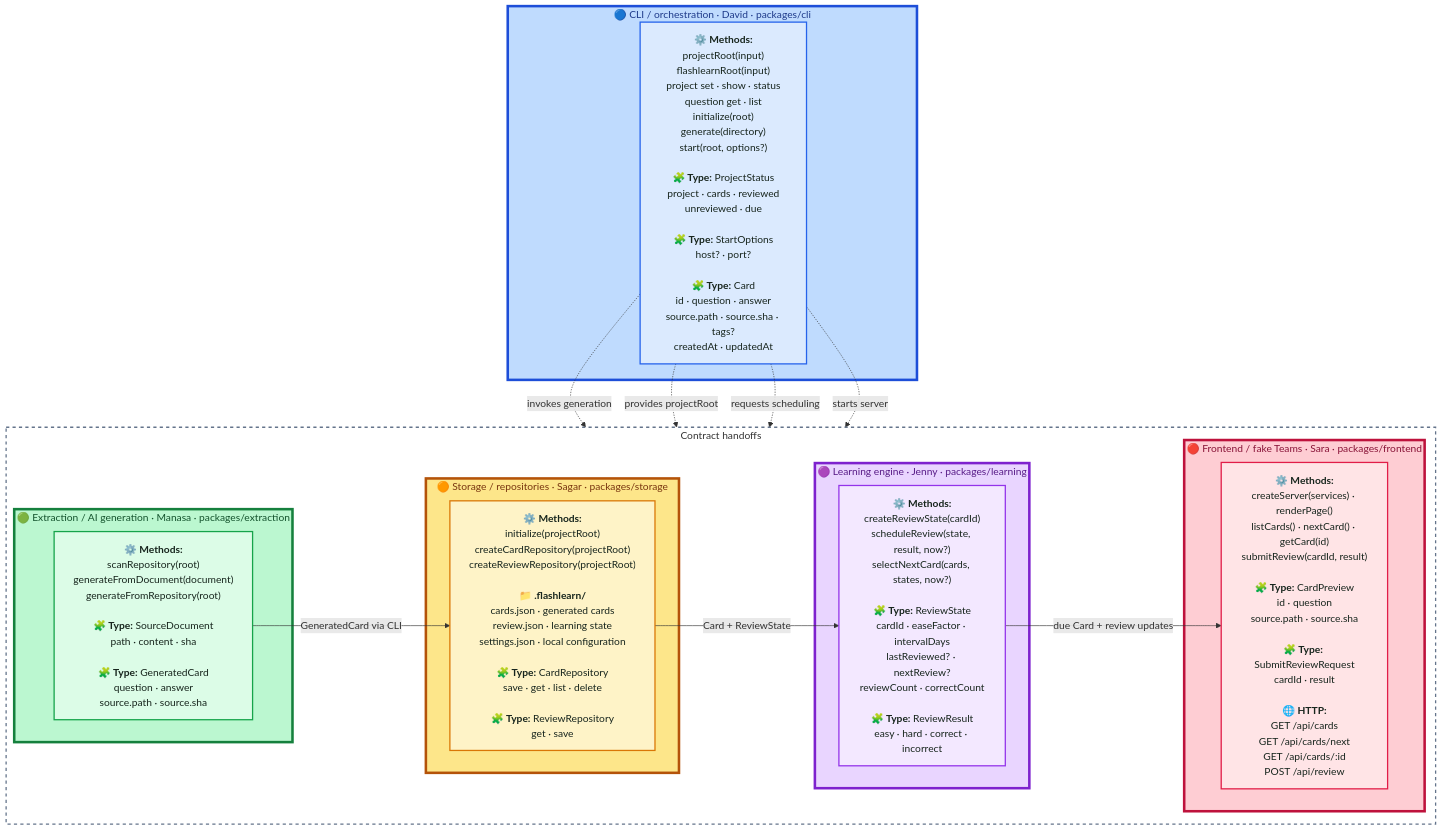
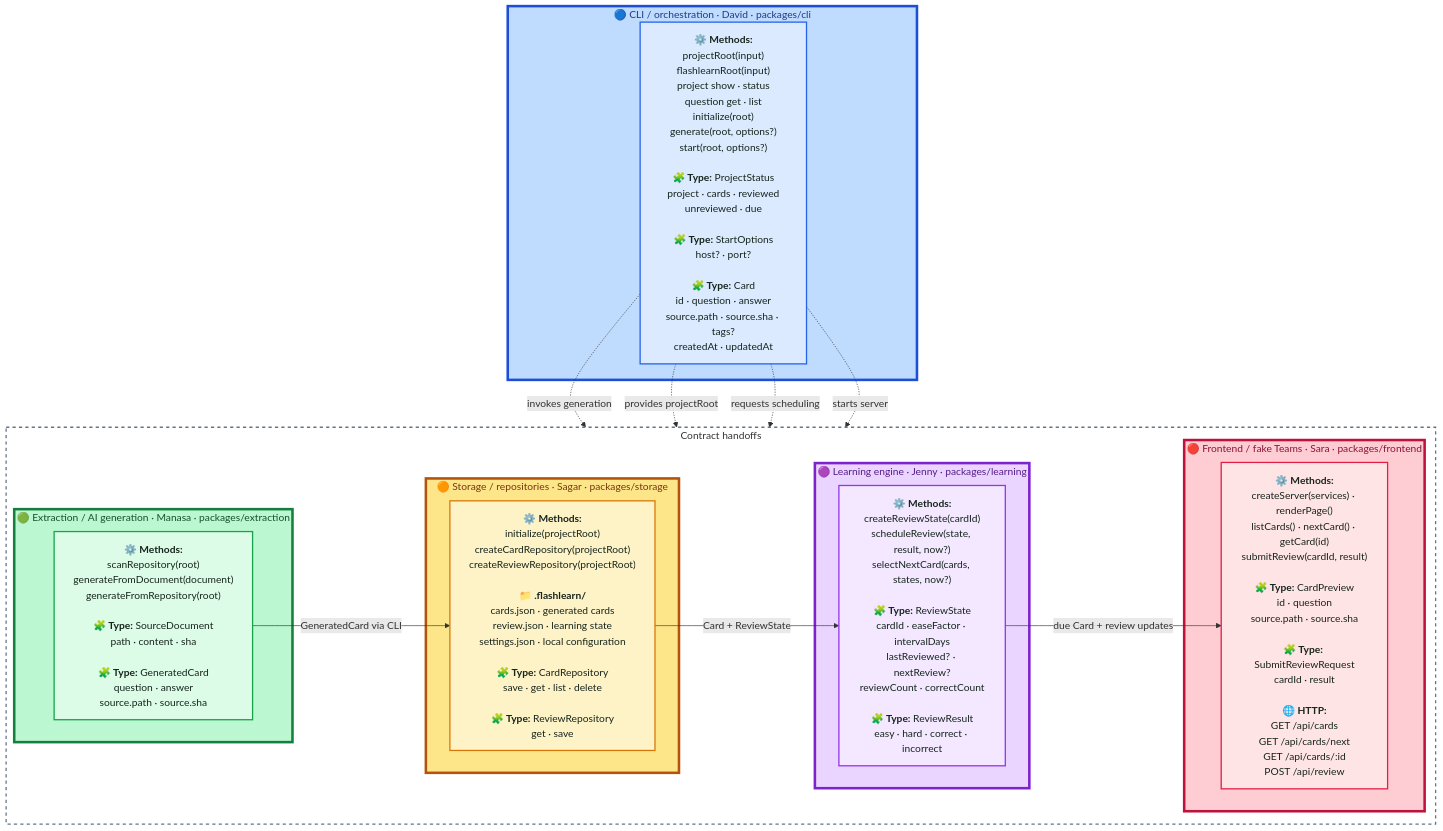
Before and after one commit to flashlearn-ai/flashlearn: the diagram in README.md, drawn with Mermaid. The commit also changed other lines of this file and 27 other files, not shown here.

Commit message:
cli: prepare project workflows and release tooling for beta (#39)

````diff
--- a/README.md
+++ b/README.md
@@ -113,50 +112,50 @@
 ```mermaid
 flowchart TD
   subgraph CLIRegion["🔵 CLI / orchestration · David · packages/cli"]
-    CLI["<b>⚙️ Methods:</b><br/>projectRoot(input)<br/>flashlearnRoot(input)<br/>project set · show · status<br/>question get · list<br/>initialize(root)<br/>generate(directory)<br/>start(root, options?)<br/><br/><b>🧩 Type:</b> ProjectStatus<br/>project · cards · reviewed<br/>unreviewed · due<br/><br/><b>🧩 Type:</b> StartOptions<br/>host? · port?<br/><br/><b>🧩 Type:</b> Card<br/>id · question · answer<br/>source.path · source.sha · tags?<br/>createdAt · updatedAt"]
+    CLI["<b>⚙️ Methods:</b><br/>projectRoot(input)<br/>flashlearnRoot(input)<br/>project show · status<br/>question get · list<br/>initialize(root)<br/>generate(root, options?)<br/>start(root, options?)<br/><br/><b>🧩 Type:</b> ProjectStatus<br/>project · cards · reviewed<br/>unreviewed · due<br/><br/><b>🧩 Type:</b> StartOptions<br/>host? · port?<br/><br/><b>🧩 Type:</b> Card<br/>id · question · answer<br/>source.path · source.sha · tags?<br/>createdAt · updatedAt"]
   end
 
   subgraph PackagePipeline["Contract handoffs"]
     direction LR
     subgraph ExtractionRegion["🟢 Extraction / AI generation · Manasa · packages/extraction"]
       Extraction["<b>⚙️ Methods:</b><br/>scanRepository(root)<br/>generateFromDocument(document)<br/>generateFromRepository(root)<br/><br/><b>🧩 Type:</b> SourceDocument<br/>path · content · sha<br/><br/><b>🧩 Type:</b> GeneratedCard<br/>question · answer<br/>source.path · source.sha"]
     end
 
     subgraph StorageRegion["🟠 Storage / repositories · Sagar · packages/storage"]
       Storage["<b>⚙️ Methods:</b><br/>initialize(projectRoot)<br/>createCardRepository(projectRoot)<br/>createReviewRepository(projectRoot)<br/><br/><b>📁 .flashlearn/</b><br/>cards.json · generated cards<br/>review.json · learning state<br/>settings.json · local configuration<br/><br/><b>🧩 Type:</b> CardRepository<br/>save · get · list · delete<br/><br/><b>🧩 Type:</b> ReviewRepository<br/>get · save"]
     end
 
     subgraph LearningRegion["🟣 Learning engine · Jenny · packages/learning"]
       Learning["<b>⚙️ Methods:</b><br/>createReviewState(cardId)<br/>scheduleReview(state, result, now?)<br/>selectNextCard(cards, states, now?)<br/><br/><b>🧩 Type:</b> ReviewState<br/>cardId · easeFactor · intervalDays<br/>lastReviewed? · nextReview?<br/>reviewCount · correctCount<br/><br/><b>🧩 Type:</b> ReviewResult<br/>easy · hard · correct · incorrect"]
     end
 
     subgraph FrontendRegion["🔴 Frontend / fake Teams · Sara · packages/frontend"]
       Frontend["<b>⚙️ Methods:</b><br/>createServer(services) · renderPage()<br/>listCards() · nextCard() · getCard(id)<br/>submitReview(cardId, result)<br/><br/><b>🧩 Type:</b> CardPreview<br/>id · question<br/>source.path · source.sha<br/><br/><b>🧩 Type:</b> SubmitReviewRequest<br/>cardId · result<br/><br/><b>🌐 HTTP:</b><br/>GET /api/cards<br/>GET /api/cards/next<br/>GET /api/cards/:id<br/>POST /api/review"]
     end
   end
 
   Extraction -->|GeneratedCard via CLI| Storage
   Storage -->|Card + ReviewState| Learning
   Learning -->|due Card + review updates| Frontend
   CLI -.->|invokes generation| Extraction
   CLI -.->|provides projectRoot| Storage
   CLI -.->|requests scheduling| Learning
   CLI -.->|starts server| Frontend
 
   classDef cli fill:#dbeafe,color:#17251d,stroke:#2563eb,stroke-width:2px;
   classDef extraction fill:#dcfce7,color:#17251d,stroke:#16a34a,stroke-width:2px;
   classDef storage fill:#fef3c7,color:#17251d,stroke:#d97706,stroke-width:2px;
   classDef learning fill:#f3e8ff,color:#17251d,stroke:#9333ea,stroke-width:2px;
   classDef frontend fill:#ffe4e6,color:#17251d,stroke:#e11d48,stroke-width:2px;
   class CLI cli;
   class Extraction extraction;
   class Storage storage;
   class Learning learning;
   class Frontend frontend;
   style ExtractionRegion fill:#bbf7d0,stroke:#15803d,stroke-width:4px,color:#14532d
   style CLIRegion fill:#bfdbfe,stroke:#1d4ed8,stroke-width:4px,color:#1e3a8a
   style StorageRegion fill:#fde68a,stroke:#b45309,stroke-width:4px,color:#78350f
   style LearningRegion fill:#e9d5ff,stroke:#7e22ce,stroke-width:4px,color:#581c87
   style FrontendRegion fill:#fecdd3,stroke:#be123c,stroke-width:4px,color:#881337
   style PackagePipeline fill:transparent,stroke:#64748b,stroke-width:2px,stroke-dasharray:5 5
 ```
````
